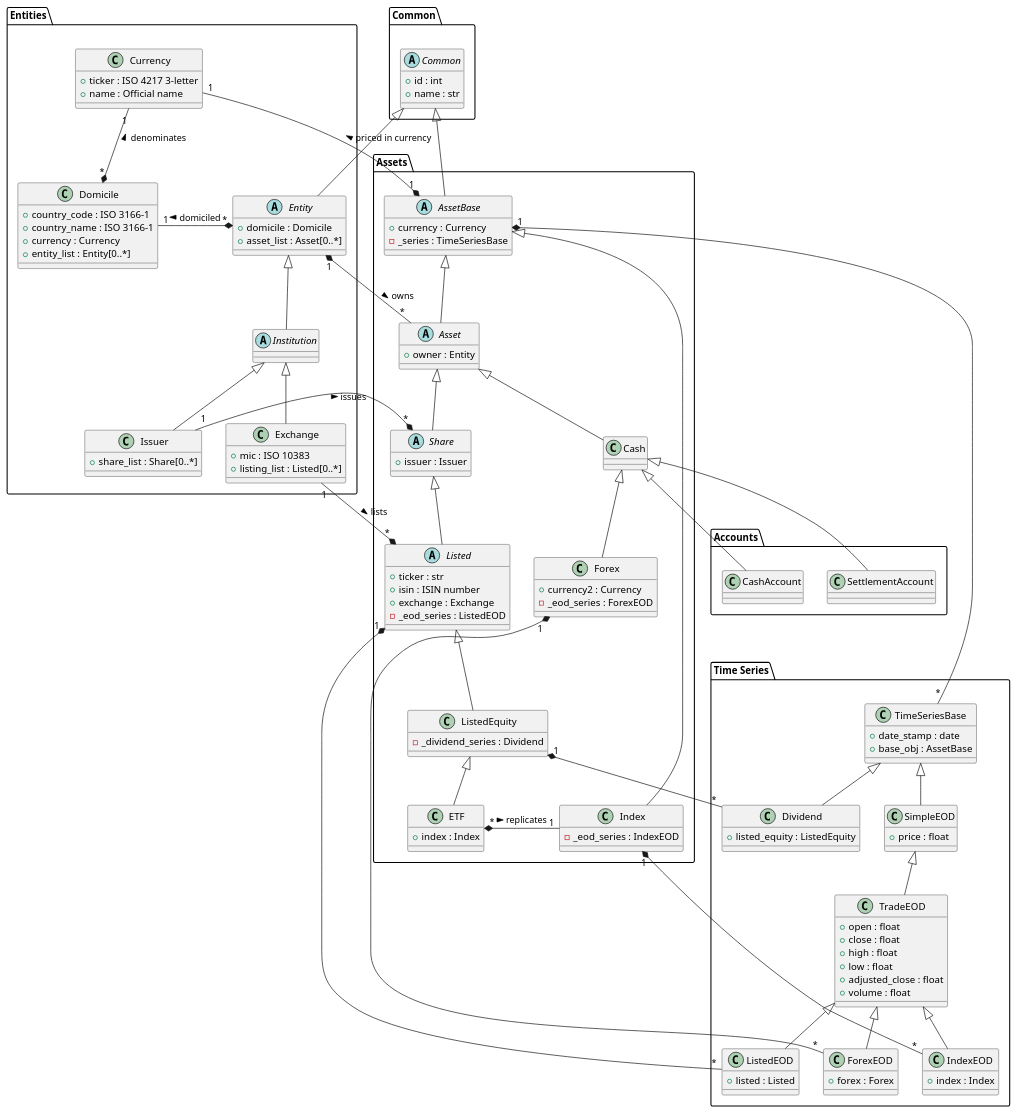
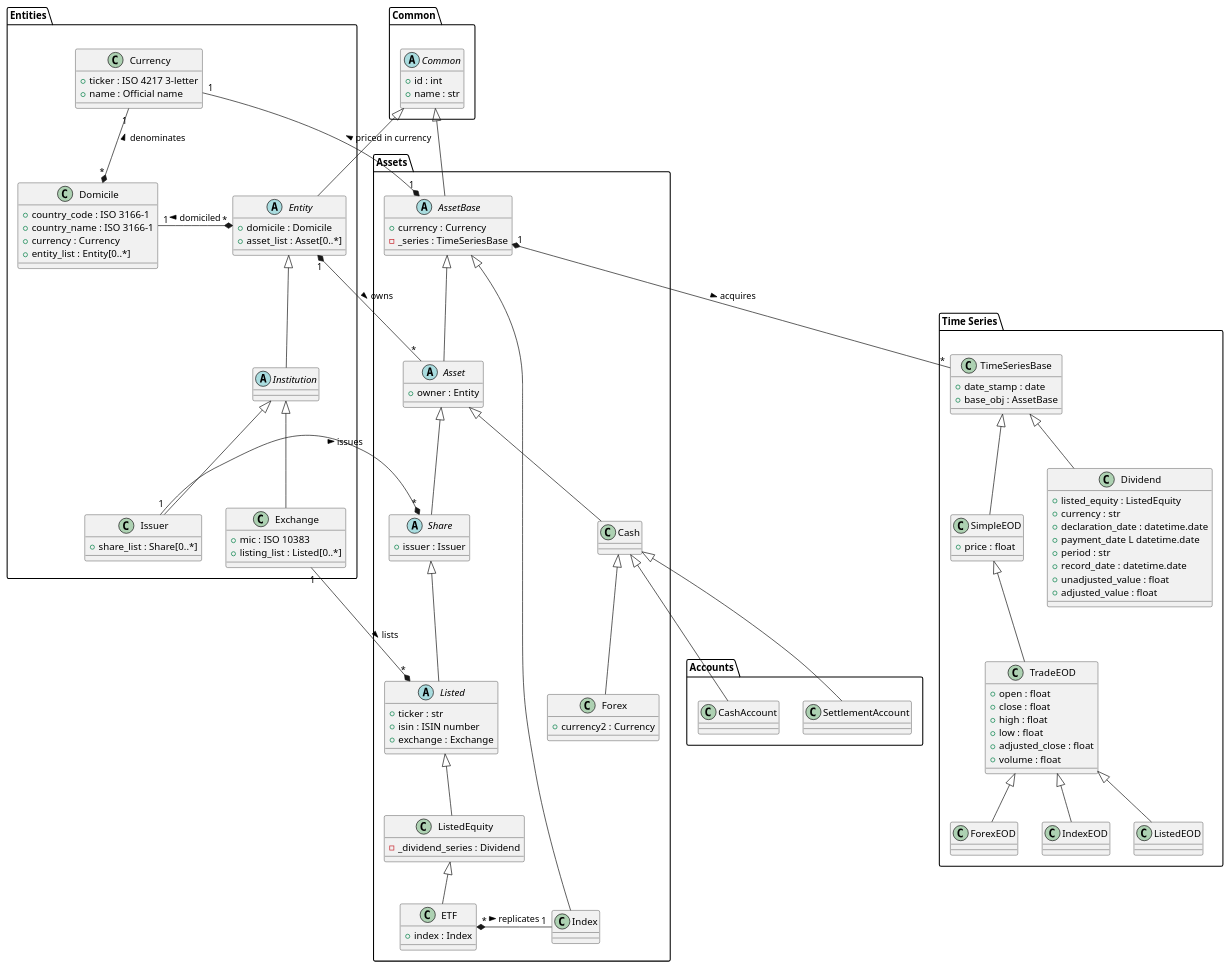
The diagram in asset_base.wsd (justinsolms/asset_base), drawn with PlantUML before and after one commit. The commit also changed 6 other files, not shown here.

Commit message:
WIP: Only use inherited `AssetBase._series` and `TimeSeriesBase.base_obj` relationship for all time-series

```diff
--- a/asset_base.wsd
+++ b/asset_base.wsd
@@ -1,194 +1,191 @@
 @startuml asset_base
 
 ' left to right direction
 top to bottom direction
 
 ' Class definitions
 
 package "Common" {
 
     abstract       Common {
         +id : int
         +name : str
     }
 
 }
 
 package "Entities" {
 
     abstract    Entity {
         +domicile : Domicile
         +asset_list : Asset[0..*]
     }
 
     abstract    Institution
 
     class       Issuer {
         +share_list : Share[0..*]
     }
 
     class       Exchange {
         +mic : ISO 10383
         +listing_list : Listed[0..*]
     }
 
     class       Domicile {
         +country_code : ISO 3166-1
         +country_name : ISO 3166-1
         +currency : Currency
         +entity_list : Entity[0..*]
     }
 
     class       Currency {
         +ticker : ISO 4217 3-letter
         +name : Official name
     }
 
     ' Common inheritance
     Common.Common <|-- Entity
 
     ' Domicile and Currency
     Currency "1" --* "*" Domicile : < denominates
     Domicile "1" -r-* "*" Entity : < domiciled
 
     ' Entities
     Entity <|-- Institution
     Institution <|-- Exchange
     Institution <|-- Issuer
 
 }
 
 package "Assets" {
 
     abstract    AssetBase {
         +currency : Currency
         -_series : TimeSeriesBase
     }
 
     abstract    Asset {
         +owner : Entity
     }
 
     abstract    Share {
         +issuer : Issuer
     }
 
     abstract    Listed {
         +ticker : str
         +isin : ISIN number
         +exchange : Exchange
-        -_eod_series : ListedEOD
     }
 
     class       ListedEquity {
         -_dividend_series : Dividend
     }
 
     class       ETF {
         +index : Index
     }
 
     class       Cash {
     }
 
     class       Forex {
         +currency2 : Currency
-        -_eod_series : ForexEOD
     }
 
     class Index {
-        -_eod_series : IndexEOD
     }
 
     ' Common inheritance
     Common.Common <|-- AssetBase
 
     ' Assets
     AssetBase <|-- Asset
     AssetBase <|-- Index
     Asset <|-- Share
     Asset <|-- Cash
     Cash <|-- Forex
     Share <|-- Listed
     Listed <|-- ListedEquity
     ListedEquity <|-- ETF
 
 }
 
 package "Time Series" {
 
     class TimeSeriesBase {
         +date_stamp : date
         +base_obj : AssetBase
     }
 
     class SimpleEOD {
         +price : float
     }
 
     class TradeEOD {
         +open : float
         +close : float
         +high : float
         +low : float
         +adjusted_close : float
         +volume : float
 
     }
 
     class ListedEOD {
-        +listed : Listed
     }
 
     class ForexEOD {
-        +forex : Forex
     }
 
     class IndexEOD {
-        +index : Index
     }
 
     class Dividend {
         +listed_equity : ListedEquity
+        +currency : str
+        +declaration_date : datetime.date
+        +payment_date L datetime.date
+        +period : str
+        +record_date : datetime.date
+        +unadjusted_value : float
+        +adjusted_value : float
     }
 
     ' Time Series
     TimeSeriesBase <|-- SimpleEOD
     SimpleEOD <|-- TradeEOD
     TradeEOD <|-- ListedEOD
     TradeEOD <|-- ForexEOD
     TradeEOD <|-- IndexEOD
     TimeSeriesBase <|-- Dividend
 
 }
 
 package "Accounts" {
 
     class CashAccount
 
     class SettlementAccount
 
     Assets.Cash <|-- CashAccount
     Assets.Cash <|-- SettlementAccount
 
 }
 
 ' Pricing
 Currency "1" --* "1" AssetBase : < priced in currency
 
 ' Entities to Assets relationships
 Entity "1" *-- "*" Asset : > owns
 Issuer "1" -l-* "*" Share : > issues
 Exchange "1" -l-* "*" Listed : > lists
 
 ' Asset to Asset relationships
-ETF "*" *-r- "1" Index : > replicates
+ETF "*" *-r- "1" Assets.Index : > replicates
 
 ' Asset to Time Series relationships
-AssetBase "1" *-- "*" TimeSeriesBase
-Listed "1" *-- "*" ListedEOD
-Forex "1" *-- "*" ForexEOD
-Index "1" *-- "*" IndexEOD
-ListedEquity "1" *-- "*" Dividend
+AssetBase "1" *-- "*" TimeSeriesBase : > acquires
 
 @enduml
```
